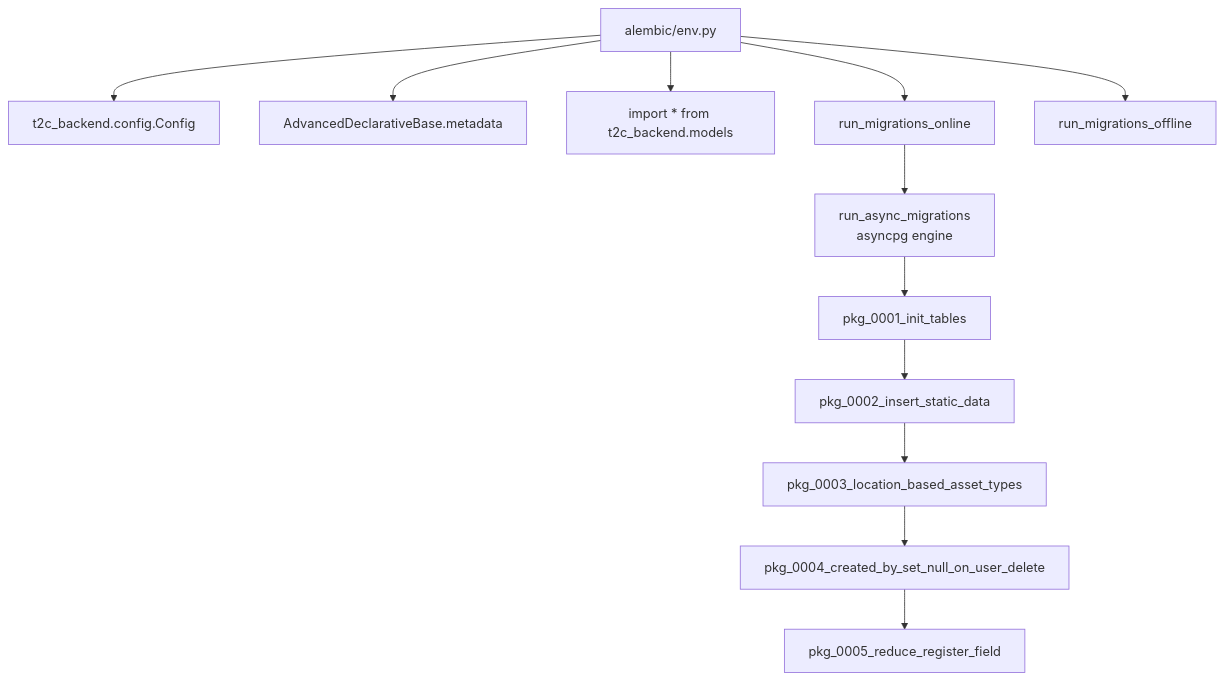
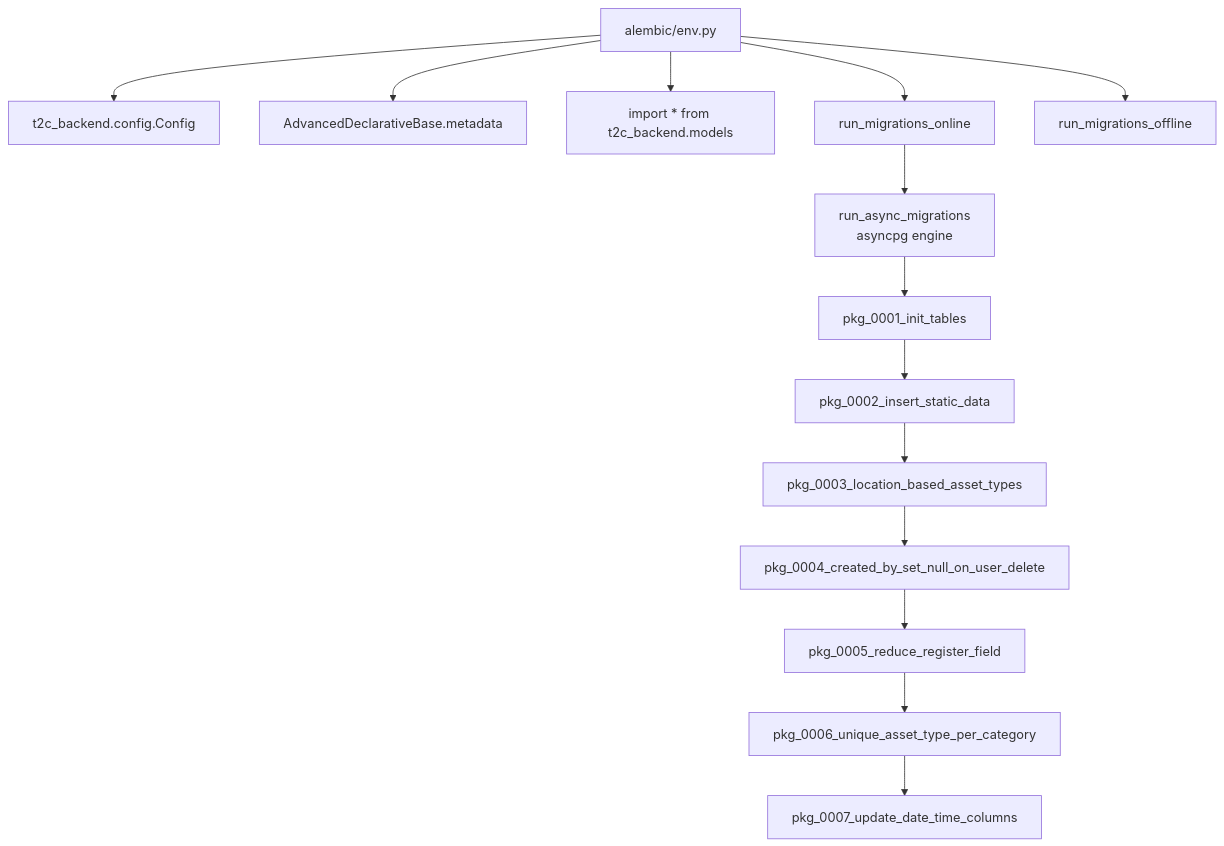
One commit to Tap2Cloud/backend-public changed the first of 2 diagrams in docs/wiki/database-migrations.md. Above: the diagram before and after it, drawn with Mermaid. The commit also changed other lines of this file and 15 other files, not shown here.

````diff
--- a/docs/wiki/database-migrations.md
+++ b/docs/wiki/database-migrations.md
@@ -9,14 +9,16 @@
 ```mermaid
 graph TD
   Env[alembic/env.py] --> Cfg[t2c_backend.config.Config]
   Env --> Meta[AdvancedDeclarativeBase.metadata]
   Env --> Models[import * from t2c_backend.models]
   Env --> Online[run_migrations_online]
   Env --> Offline[run_migrations_offline]
   Online --> Async[run_async_migrations<br/>asyncpg engine]
   Async --> V1[pkg_0001_init_tables]
   V1 --> V2[pkg_0002_insert_static_data]
   V2 --> V3[pkg_0003_location_based_asset_types]
   V3 --> V4[pkg_0004_created_by_set_null_on_user_delete]
   V4 --> V5[pkg_0005_reduce_register_field]
+  V5 --> V6[pkg_0006_unique_asset_type_per_category]
+  V6 --> V7[pkg_0007_update_date_time_columns]
 ```
````
